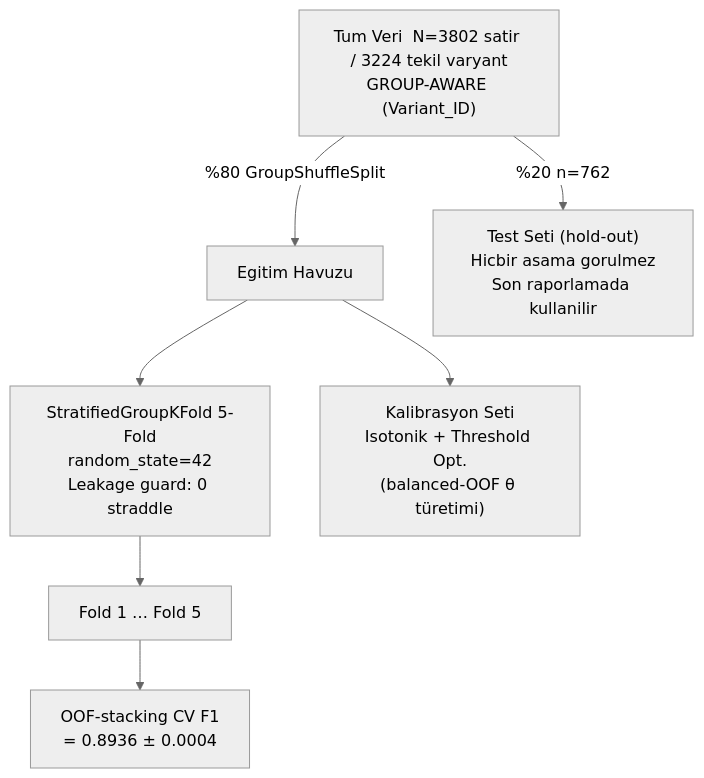
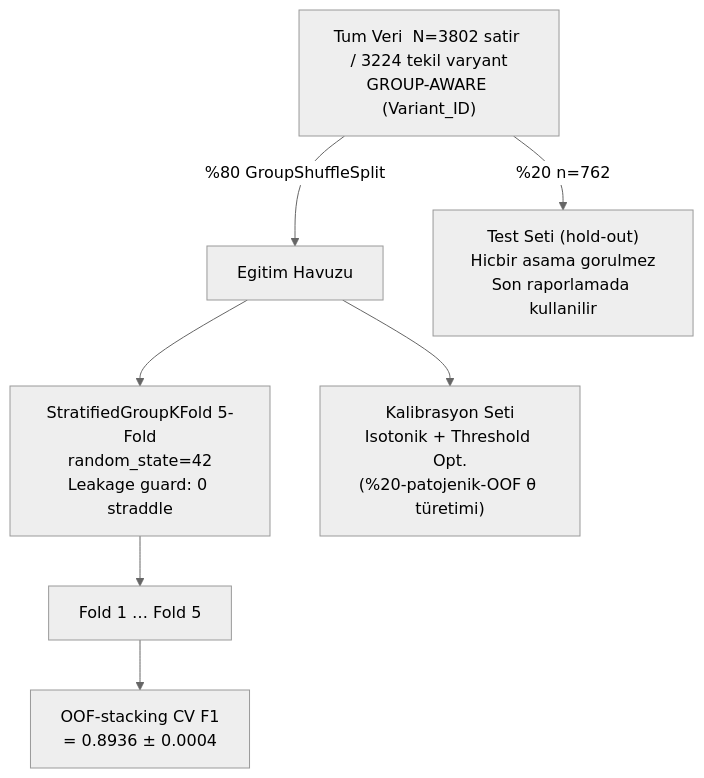
Before and after one commit to msgxr/VARIANT-GNN: diagram 12 of 17 in README.md, drawn with Mermaid (neutral theme). The commit also changed other lines of this file and 46 other files, not shown here.

````diff
--- a/README.md
+++ b/README.md
@@ -702,13 +702,13 @@
 ```mermaid
 flowchart TD
     ALL["Tum Veri  N=3802 satir / 3224 tekil varyant\nGROUP-AWARE (Variant_ID)"]
 
     ALL -- "%80  GroupShuffleSplit" --> TRAIN["Egitim Havuzu"]
     ALL -- "%20  n=762" --> TEST["Test Seti (hold-out)\nHicbir asama gorulmez\nSon raporlamada kullanilir"]
 
     TRAIN --> CV["StratifiedGroupKFold 5-Fold\nrandom_state=42\nLeakage guard: 0 straddle"]
-    TRAIN --> CAL["Kalibrasyon Seti\nIsotonik + Threshold Opt.\n(balanced-OOF θ türetimi)"]
+    TRAIN --> CAL["Kalibrasyon Seti\nIsotonik + Threshold Opt.\n(%20-patojenik-OOF θ türetimi)"]
 
     CV --> F1["Fold 1 … Fold 5"]
     F1 --> AVG["OOF-stacking CV F1\n= 0.8936 ± 0.0004"]
 ```
````
